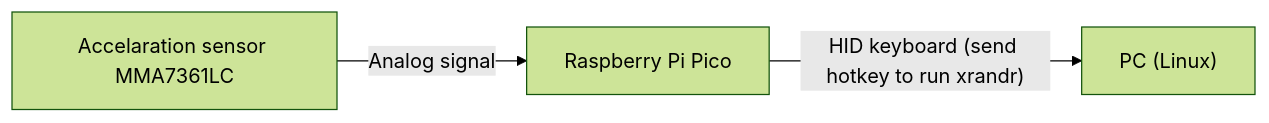
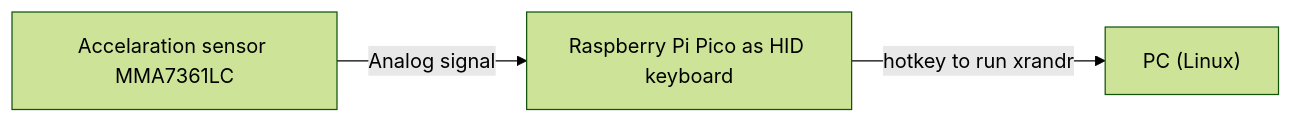
One commit to hyrodium/display-auto-rotator changed the diagram in README.md. Above: the diagram before and after it, drawn with Mermaid (forest theme). The commit also changed other lines of this file and 18 other files, not shown here.

````diff
--- a/README.md
+++ b/README.md
@@ -5,8 +5,8 @@
 ```mermaid
 graph LR
   ACC["Accelaration sensor MMA7361LC"]
-  PICO["Raspberry Pi Pico"]
+  PICO["Raspberry Pi Pico as HID keyboard"]
   PC["PC (Linux)"]
   ACC -->|Analog signal| PICO
-  PICO -->|"HID keyboard (send hotkey to run xrandr)"| PC
+  PICO -->|"hotkey to run xrandr"| PC
 ```
````
